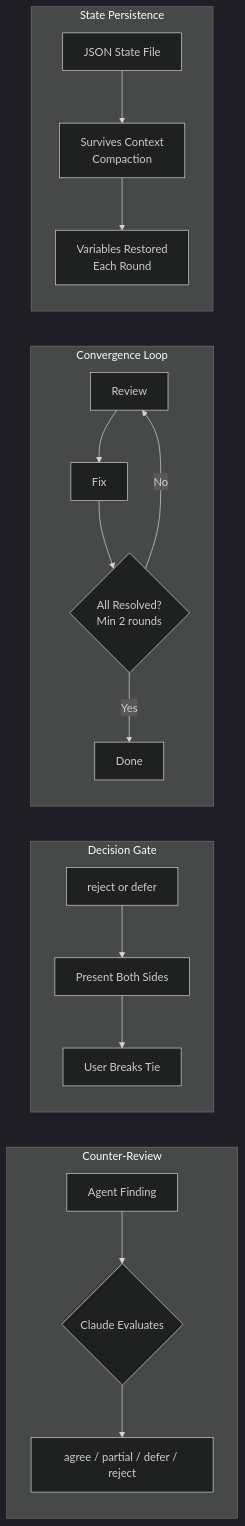
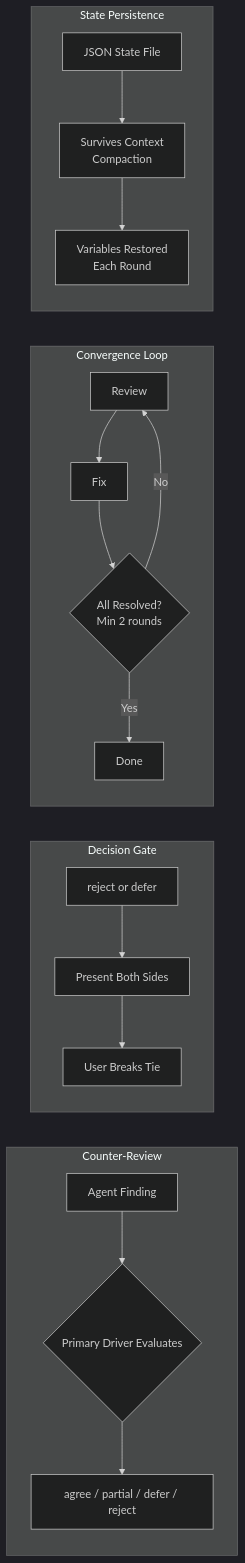
Before and after one commit to anbuneel/agentic-engineering: the eighth of 8 diagrams in docs/SKILLS_GUIDE.md, drawn with Mermaid (dark theme). The commit also changed other lines of this file and 14 other files, not shown here.

````diff
--- a/docs/SKILLS_GUIDE.md
+++ b/docs/SKILLS_GUIDE.md
@@ -250,24 +258,24 @@
 ```mermaid
 graph LR
     subgraph "Counter-Review"
-        CR1[Agent Finding] --> CR2{Claude Evaluates}
+        CR1[Agent Finding] --> CR2{Primary Driver Evaluates}
         CR2 --> CR3[agree / partial / defer / reject]
     end
 
     subgraph "Decision Gate"
         DG1[reject or defer] --> DG2[Present Both Sides]
         DG2 --> DG3[User Breaks Tie]
     end
 
     subgraph "Convergence Loop"
         CL1[Review] --> CL2[Fix]
         CL2 --> CL3{All Resolved?\nMin 2 rounds}
         CL3 -- No --> CL1
         CL3 -- Yes --> CL4[Done]
     end
 
     subgraph "State Persistence"
         SP1[JSON State File] --> SP2[Survives Context\nCompaction]
         SP2 --> SP3[Variables Restored\nEach Round]
     end
 ```
````
